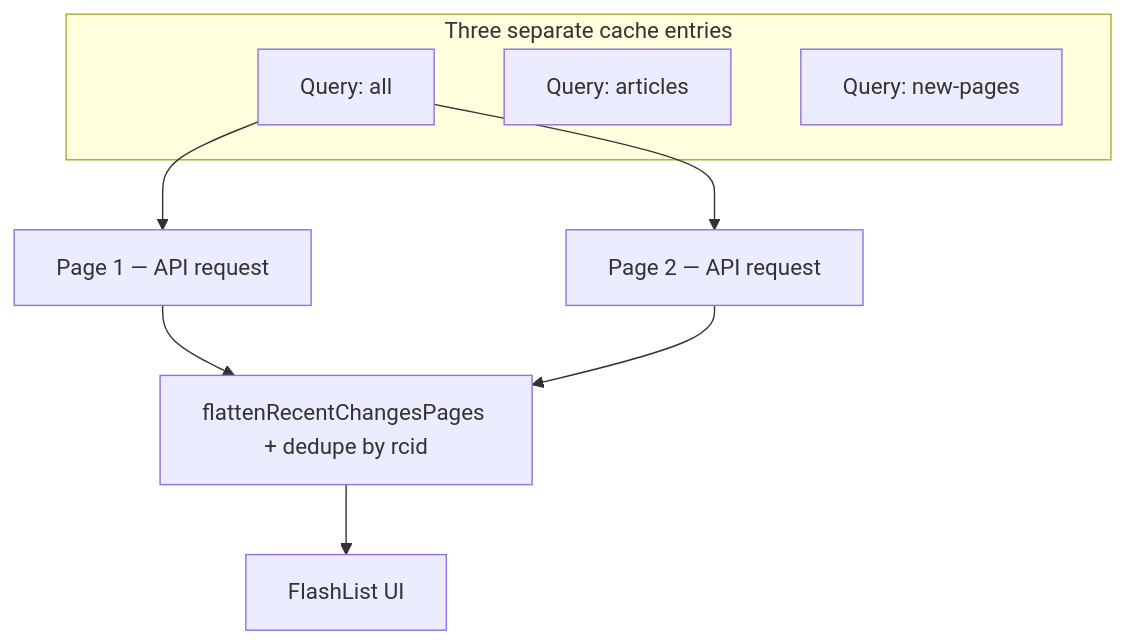
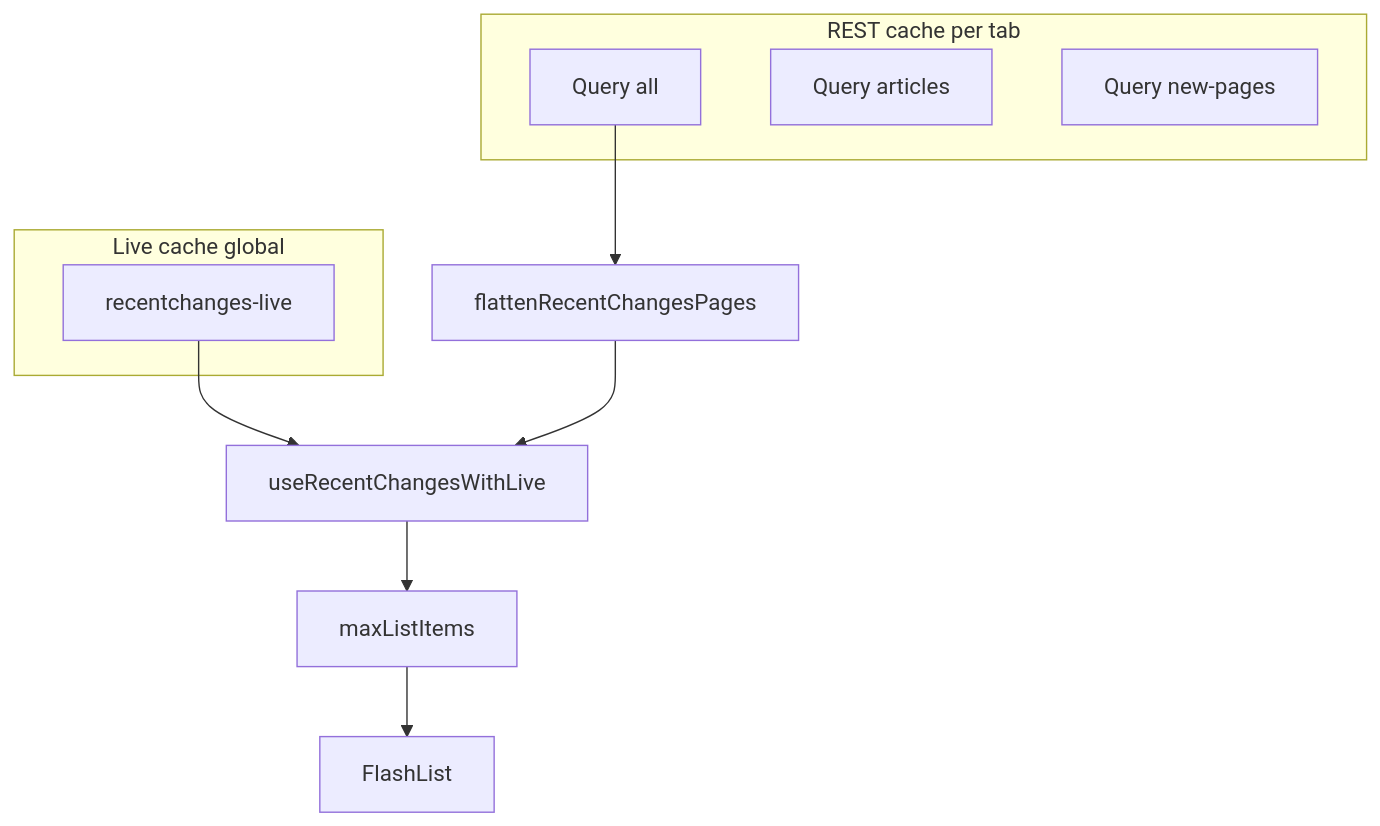
The diagram in docs/cache-behavior.md (renancardo/wikinow), drawn with Mermaid before and after one commit. The commit also changed other lines of this file and 5 other files, not shown here.

First line of the commit message:
Update architecture and cache behavior documentation; enhance live mode implementation

````diff
--- a/docs/cache-behavior.md
+++ b/docs/cache-behavior.md
@@ -68,14 +83,18 @@
 ```mermaid
 flowchart TD
-  subgraph tabs [Three separate cache entries]
-    Q1["Query: all"]
-    Q2["Query: articles"]
-    Q3["Query: new-pages"]
+  subgraph rest [REST cache per tab]
+    Q1[Query all]
+    Q2[Query articles]
+    Q3[Query new-pages]
   end
 
-  Q1 --> P1["Page 1 — API request"]
-  Q1 --> P2["Page 2 — API request"]
-  P1 --> Flatten["flattenRecentChangesPages + dedupe by rcid"]
-  P2 --> Flatten
-  Flatten --> List["FlashList UI"]
+  subgraph live [Live cache global]
+    LQ[recentchanges-live]
+  end
+
+  Q1 --> Flatten[flattenRecentChangesPages]
+  LQ --> MergeLive[useRecentChangesWithLive]
+  Flatten --> MergeLive
+  MergeLive --> Cap[maxListItems]
+  Cap --> List[FlashList]
 ```
````
